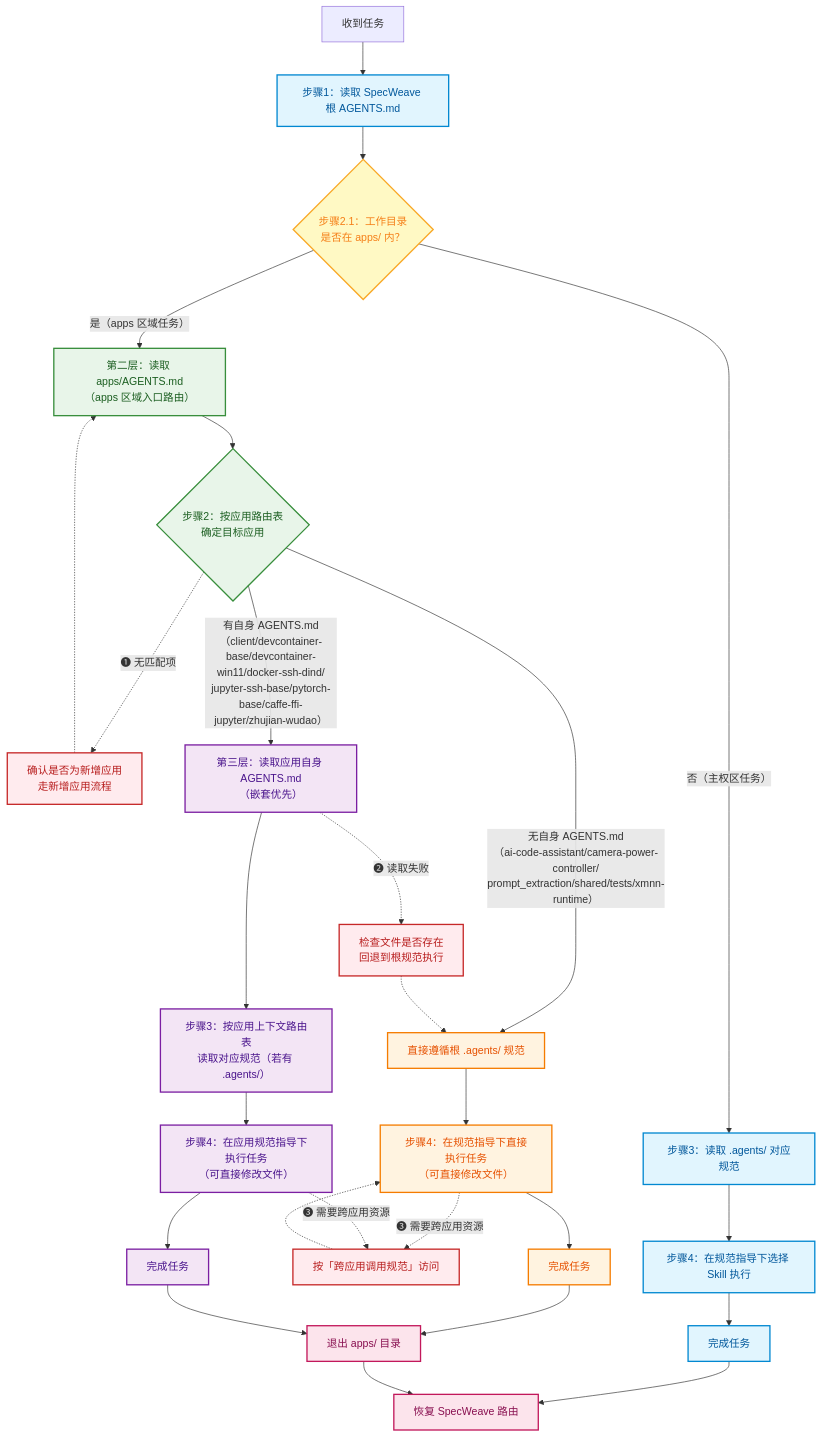
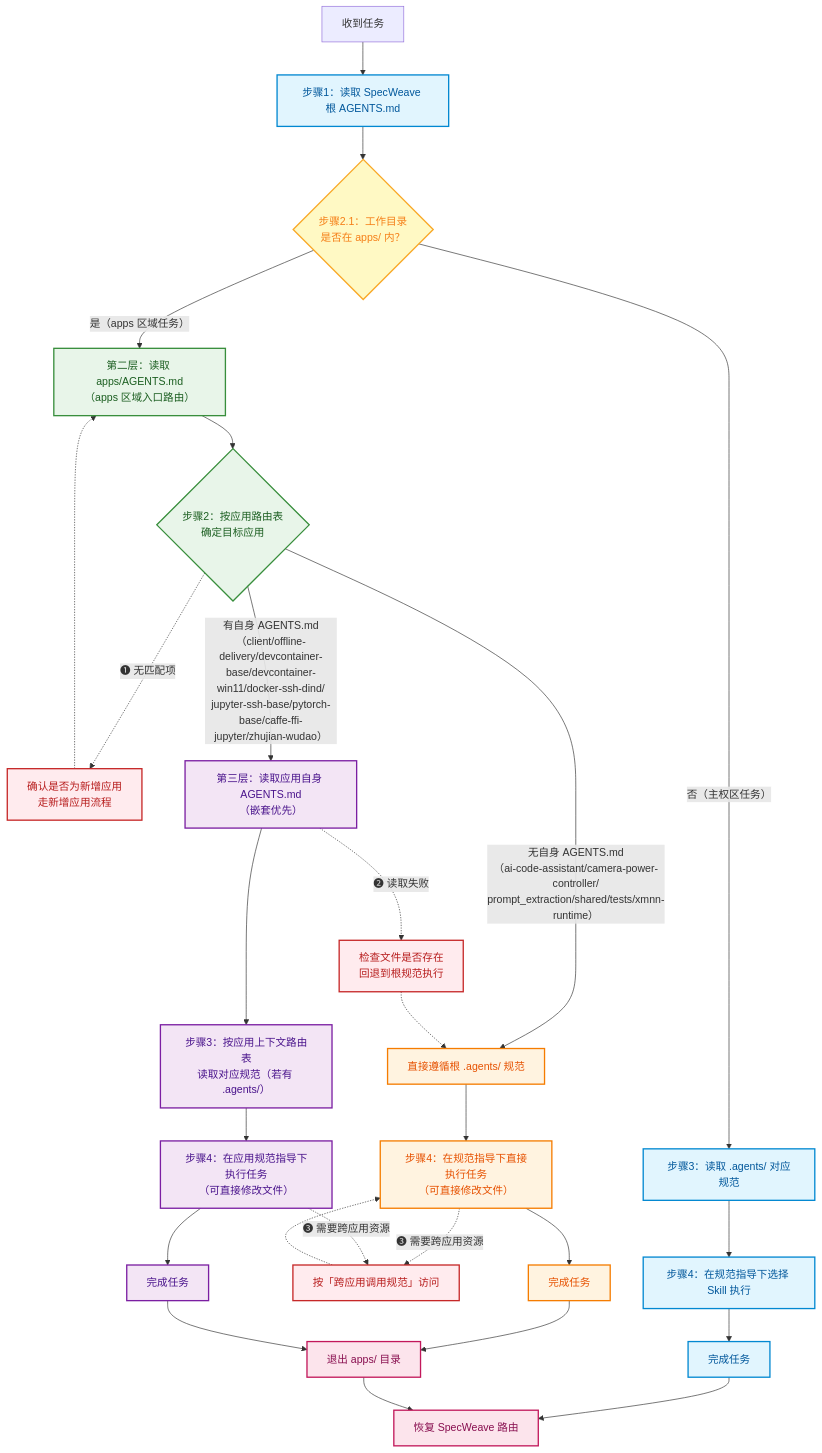
One commit to xinetzone/SpecWeave changed the diagram in apps/AGENTS.md. Above: the diagram before and after it, drawn with Mermaid. The commit also changed other lines of this file and 73 other files, not shown here.

First line of the commit message:
refactor(containers): 客户离线交付链路迁出 client，独立为 offline-delivery 应用

````diff
--- a/apps/AGENTS.md
+++ b/apps/AGENTS.md
@@ -94,43 +97,43 @@
 ```mermaid
 flowchart TD
     Start["收到任务"] --> Step1["步骤1：读取 SpecWeave 根 AGENTS.md"]
     Step1 --> Step21{"步骤2.1：工作目录<br/>是否在 apps/ 内？"}
     Step21 -->|"否（主权区任务）"| Step3A["步骤3：读取 .agents/ 对应规范"]
     Step3A --> Step4A["步骤4：在规范指导下选择 Skill 执行"]
     Step4A --> Done1["完成任务"]
     Step21 -->|"是（apps 区域任务）"| Layer2["第二层：读取 apps/AGENTS.md<br/>（apps 区域入口路由）"]
     Layer2 --> SubApp{"步骤2：按应用路由表<br/>确定目标应用"}
     SubApp -.->|"❶ 无匹配项"| E1["确认是否为新增应用<br/>走新增应用流程"]
     E1 -.-> Layer2
-    SubApp -->|"有自身 AGENTS.md<br/>（client/devcontainer-base/devcontainer-win11/docker-ssh-dind/<br/>jupyter-ssh-base/pytorch-base/caffe-ffi-jupyter/zhujian-wudao）"| Layer3["第三层：读取应用自身 AGENTS.md<br/>（嵌套优先）"]
+    SubApp -->|"有自身 AGENTS.md<br/>（client/offline-delivery/devcontainer-base/devcontainer-win11/docker-ssh-dind/<br/>jupyter-ssh-base/pytorch-base/caffe-ffi-jupyter/zhujian-wudao）"| Layer3["第三层：读取应用自身 AGENTS.md<br/>（嵌套优先）"]
     SubApp -->|"无自身 AGENTS.md<br/>（ai-code-assistant/camera-power-controller/<br/>prompt_extraction/shared/tests/xmnn-runtime）"| Direct["直接遵循根 .agents/ 规范"]
     Layer3 -.->|"❷ 读取失败"| E2["检查文件是否存在<br/>回退到根规范执行"]
     E2 -.-> Direct
     Layer3 --> Step3B["步骤3：按应用上下文路由表<br/>读取对应规范（若有 .agents/）"]
     Direct --> Step4B["步骤4：在规范指导下直接执行任务<br/>（可直接修改文件）"]
     Step3B --> Step4C["步骤4：在应用规范指导下执行任务<br/>（可直接修改文件）"]
     Step4B -.->|"❸ 需要跨应用资源"| E3["按「跨应用调用规范」访问"]
     Step4C -.->|"❸ 需要跨应用资源"| E3
     E3 -.-> Step4B
     Step4B --> Done2["完成任务"]
     Step4C --> Done3["完成任务"]
     Done2 --> Exit["退出 apps/ 目录"]
     Done3 --> Exit
     Done1 --> Restore["恢复 SpecWeave 路由"]
     Exit --> Restore
     %% 样式分层
     classDef specWeave fill:#e1f5fe,stroke:#0288d1,stroke-width:2px,color:#01579b
     classDef apps fill:#e8f5e9,stroke:#388e3c,stroke-width:2px,color:#1b5e20
     classDef appWithAgents fill:#f3e5f5,stroke:#7b1fa2,stroke-width:2px,color:#4a148c
     classDef appDirect fill:#fff3e0,stroke:#f57c00,stroke-width:2px,color:#e65100
     classDef exit fill:#fce4ec,stroke:#c2185b,stroke-width:2px,color:#880e4f
     classDef decision fill:#fff9c4,stroke:#f9a825,stroke-width:2px,color:#f57f17
     classDef error fill:#ffebee,stroke:#c62828,stroke-width:2px,color:#b71c1c
     class Step1,Step3A,Step4A,Done1 specWeave
     class Layer2,SubApp apps
     class Layer3,Step3B,Step4C,Done3 appWithAgents
     class Direct,Step4B,Done2 appDirect
     class Step21 decision
     class Exit,Restore exit
     class E1,E2,E3 error
 ```
````
